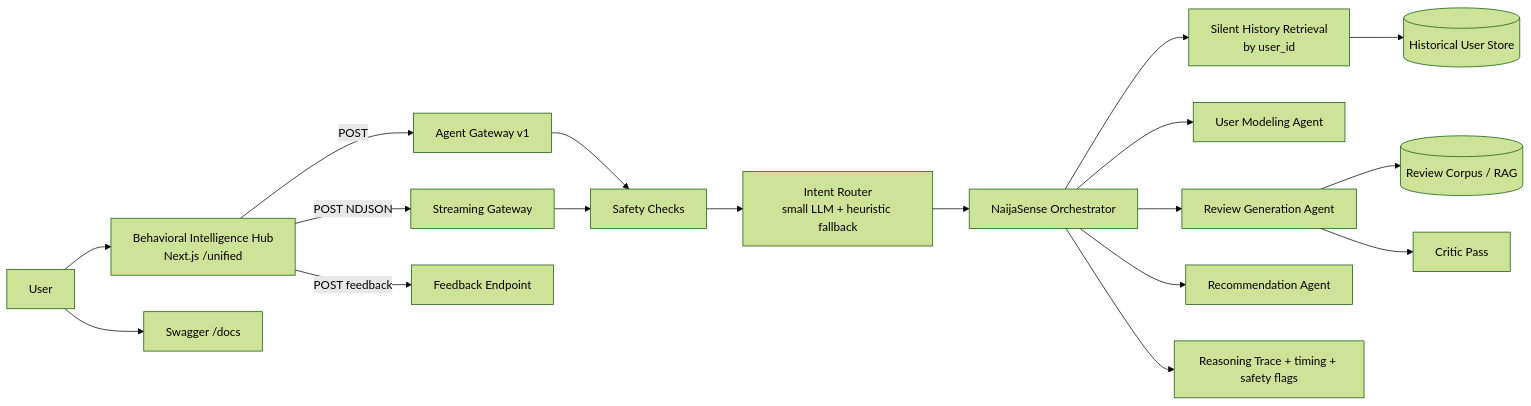
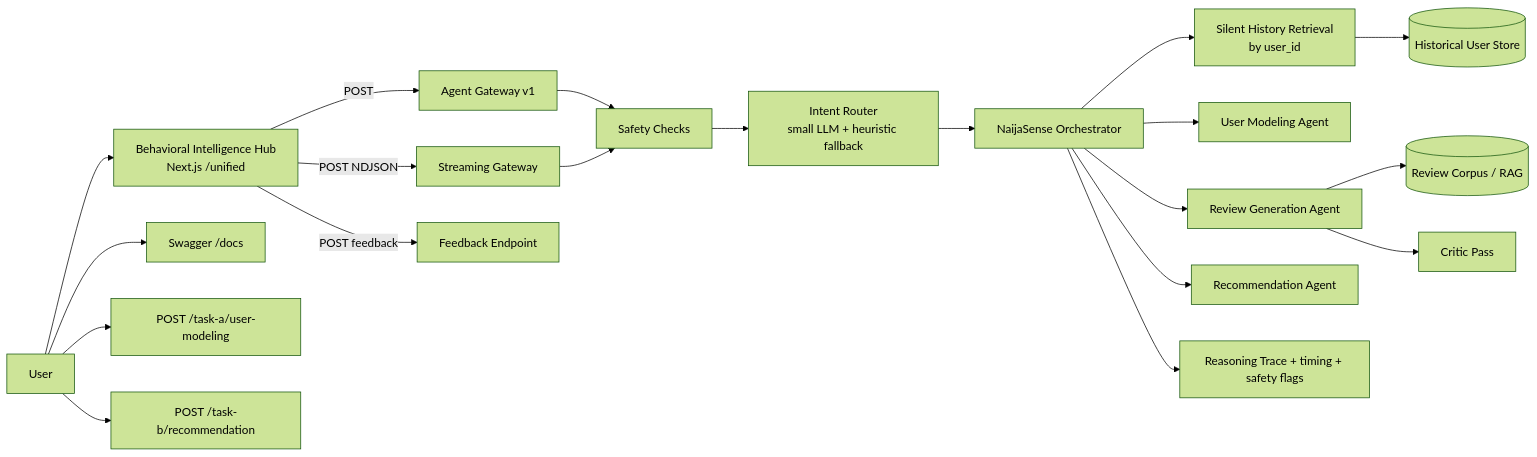
One commit to taotechs/NaijaSense-AI changed the diagram in docs/SOLUTION_PAPER.md. Above: the diagram before and after it, drawn with Mermaid (forest theme). The commit also changed other lines of this file, not shown here.

Commit message:
docs(paper): document dual-link hackathon architecture

````diff
--- a/docs/SOLUTION_PAPER.md
+++ b/docs/SOLUTION_PAPER.md
@@ -31,20 +44,22 @@
 ```mermaid
 flowchart LR
     U[User] --> FE[Behavioral Intelligence Hub<br/>Next.js /unified]
     U --> SW[Swagger /docs]
+    U --> TA[POST /task-a/user-modeling]
+    U --> TB[POST /task-b/recommendation]
     FE -->|POST| AGW[Agent Gateway v1]
     FE -->|POST NDJSON| STR[Streaming Gateway]
     FE -->|POST feedback| FB[Feedback Endpoint]
     AGW --> SAFE[Safety Checks]
     STR --> SAFE
     SAFE --> IR[Intent Router<br/>small LLM + heuristic fallback]
     IR --> O[NaijaSense Orchestrator]
     O --> SCR[Silent History Retrieval<br/>by user_id]
     SCR --> HUS[(Historical User Store)]
     O --> UMA[User Modeling Agent]
     O --> RGA[Review Generation Agent]
     O --> RA[Recommendation Agent]
     RGA --> RAG[(Review Corpus / RAG)]
     RGA --> CRI[Critic Pass]
     O --> TRC[Reasoning Trace + timing + safety flags]
 ```
````
